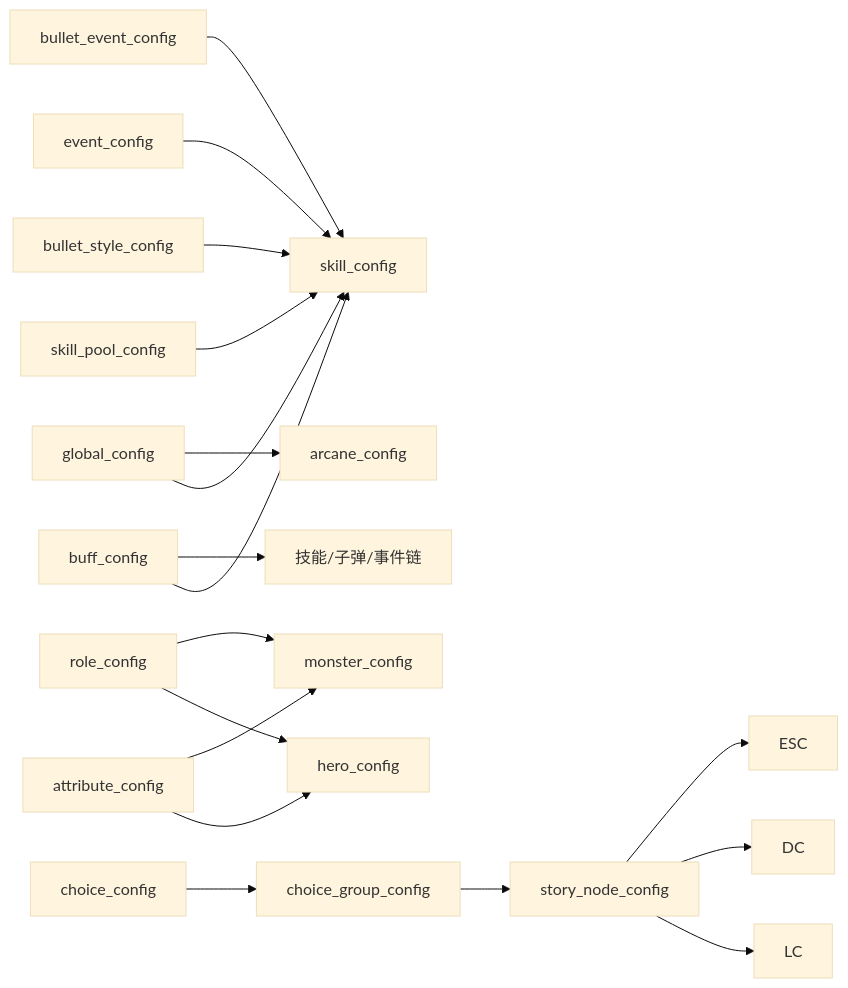
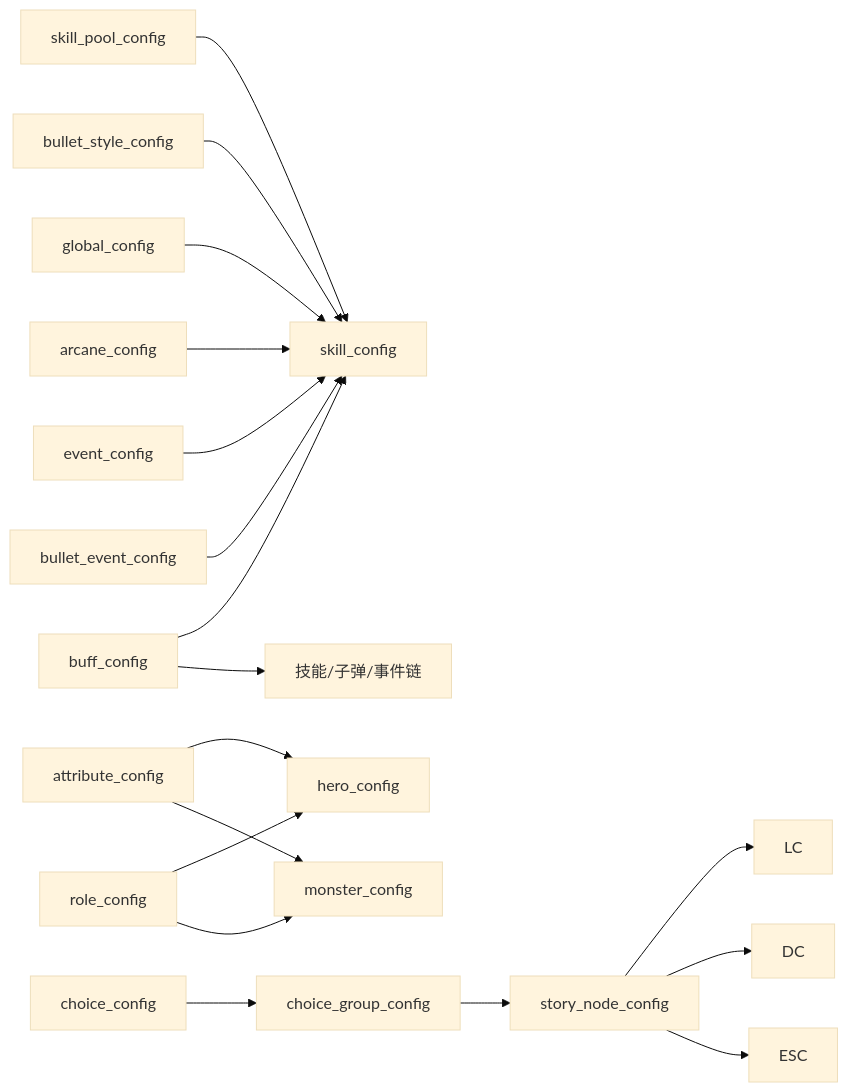
The third of 3 diagrams in .qoder/repowiki/zh/content/配置管理系统/配置文件类型/配置文件类型.md (Tuusen/p1_client), drawn with Mermaid (base theme) before and after one commit. The commit also changed other lines of this file and 9 other files, not shown here.

````diff
--- a/.qoder/repowiki/zh/content/配置管理系统/配置文件类型/配置文件类型.md
+++ b/.qoder/repowiki/zh/content/配置管理系统/配置文件类型/配置文件类型.md
@@ -531,20 +525,20 @@
 ```mermaid
 graph LR
 SPC["skill_pool_config"] --> SK["skill_config"]
 BSC["bullet_style_config"] --> SK
 AC["attribute_config"] --> HC["hero_config"]
 AC --> MC["monster_config"]
 BFC["buff_config"] --> SK
 BFC --> SK2["技能/子弹/事件链"]
 GC["global_config"] --> SK
-GC --> ARC["arcane_config"]
+ARC["arcane_config"] --> SK
 RC["role_config"] --> HC
 RC --> MC
 EC["event_config"] --> SK
 BEC["bullet_event_config"] --> SK
 CG["choice_group_config"] --> SNC["story_node_config"]
 CH["choice_config"] --> CG
 SNC --> LC
 SNC --> DC
 SNC --> ESC
 ```
````
